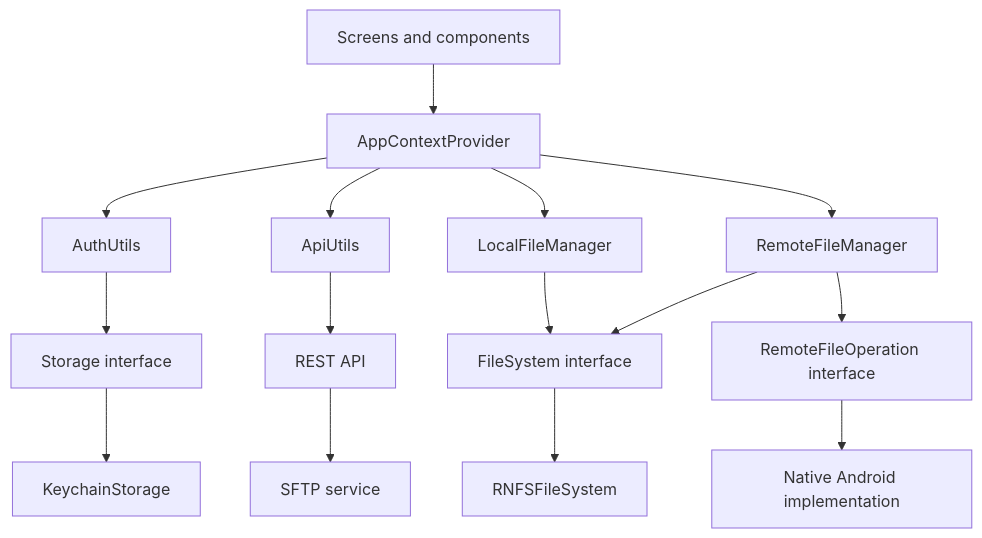
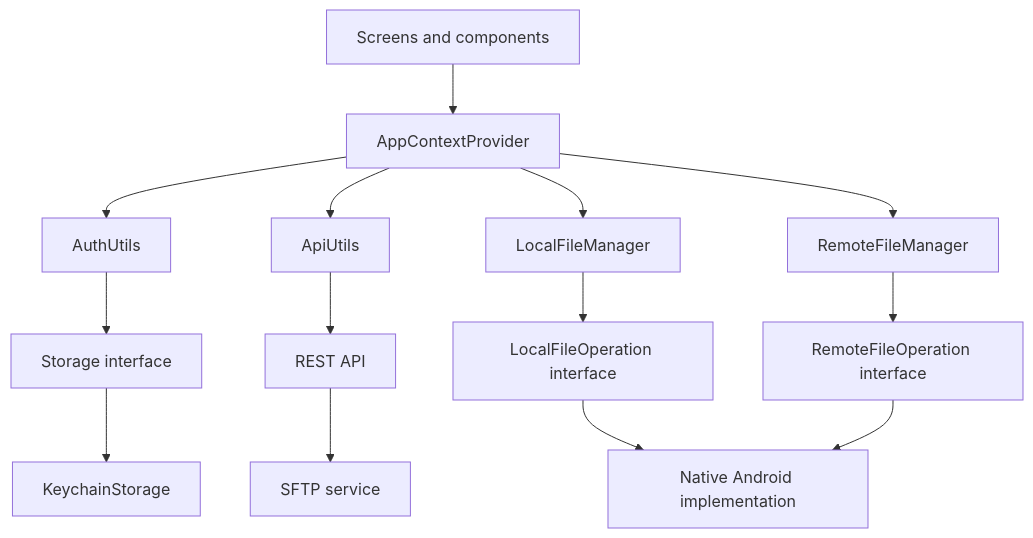
One commit to HattoriHanzo-Ronin/file-explorer changed the third of 3 diagrams in README.md. Above: the diagram before and after it, drawn with Mermaid. The commit also changed other lines of this file and 10 other files, not shown here.

Commit message:
refactor: replace RNFS with native storage roots

````diff
--- a/README.md
+++ b/README.md
@@ -88,18 +88,17 @@
 ```mermaid
 flowchart TD
     UI[Screens and components] --> Context[AppContextProvider]
     Context --> Auth[AuthUtils]
     Context --> API[ApiUtils]
     Context --> Local[LocalFileManager]
     Context --> Remote[RemoteFileManager]
 
     Auth --> Storage[Storage interface]
     Storage --> Keychain[KeychainStorage]
-    Local --> FileSystem[FileSystem interface]
-    Remote --> FileSystem
+    Local --> LocalOps[LocalFileOperation interface]
     Remote --> RemoteOps[RemoteFileOperation interface]
-    FileSystem --> RNFS[RNFSFileSystem]
+    LocalOps --> NativeOps[Native Android implementation]
     RemoteOps --> NativeOps[Native Android implementation]
     API --> Backend[REST API]
     Backend --> SFTP[SFTP service]
 ```
````
